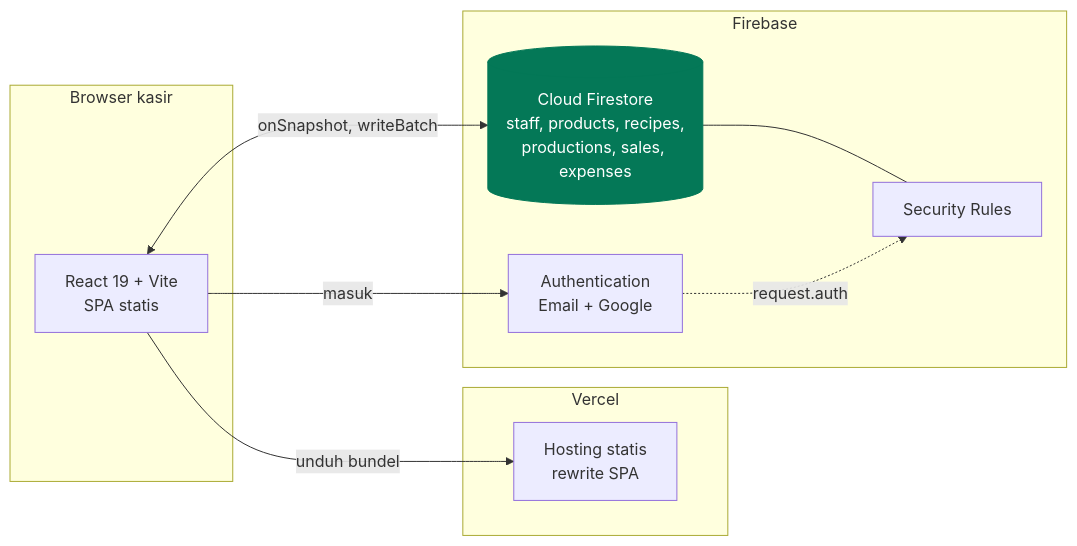
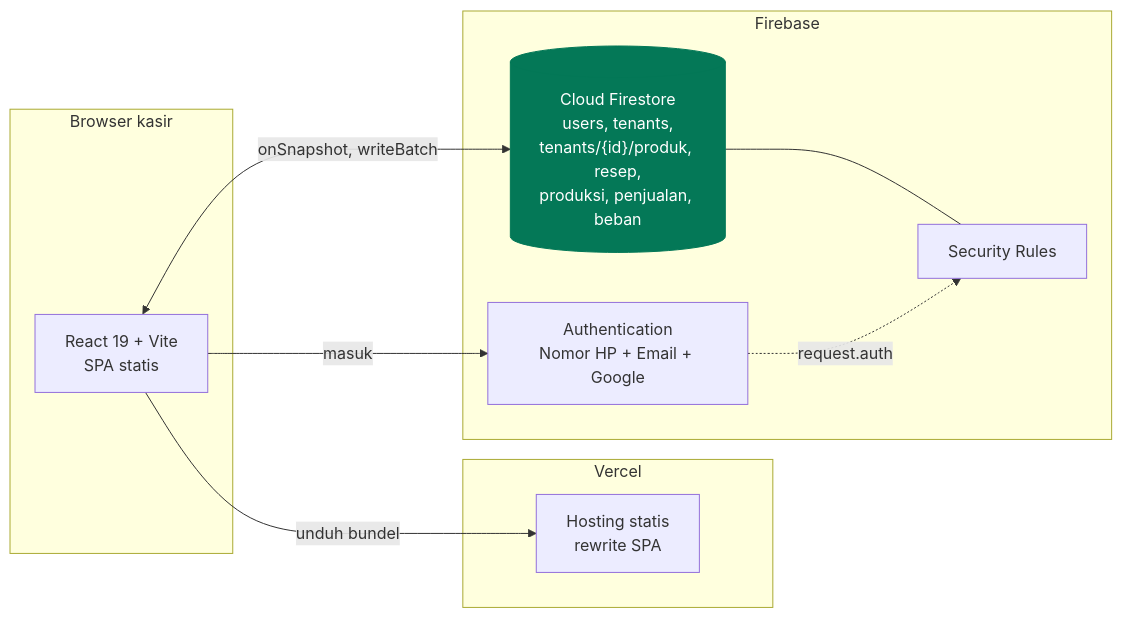
The diagram in docs/README.md (nadhimc/simple-pos-kkn-agung), drawn with Mermaid before and after one commit. The commit also changed other lines of this file and 10 other files, not shown here.

````diff
--- a/docs/README.md
+++ b/docs/README.md
@@ -25,25 +30,25 @@
 ```mermaid
 flowchart LR
   subgraph browser["Browser kasir"]
     UI["React 19 + Vite<br/>SPA statis"]
   end
 
   subgraph vercel["Vercel"]
     CDN["Hosting statis<br/>rewrite SPA"]
   end
 
   subgraph firebase["Firebase"]
-    AUTH["Authentication<br/>Email + Google"]
-    FS[("Cloud Firestore<br/>staff, products, recipes,<br/>productions, sales, expenses")]
+    AUTH["Authentication<br/>Nomor HP + Email + Google"]
+    FS[("Cloud Firestore<br/>users, tenants,<br/>tenants/{id}/produk, resep,<br/>produksi, penjualan, beban")]
     RULES["Security Rules"]
   end
 
   UI -->|"unduh bundel"| CDN
   UI -->|"masuk"| AUTH
   UI <-->|"onSnapshot, writeBatch"| FS
   FS --- RULES
   AUTH -.->|"request.auth"| RULES
 
   classDef store fill:#047857,stroke:#047857,color:#ffffff
   class FS store
 ```
````
